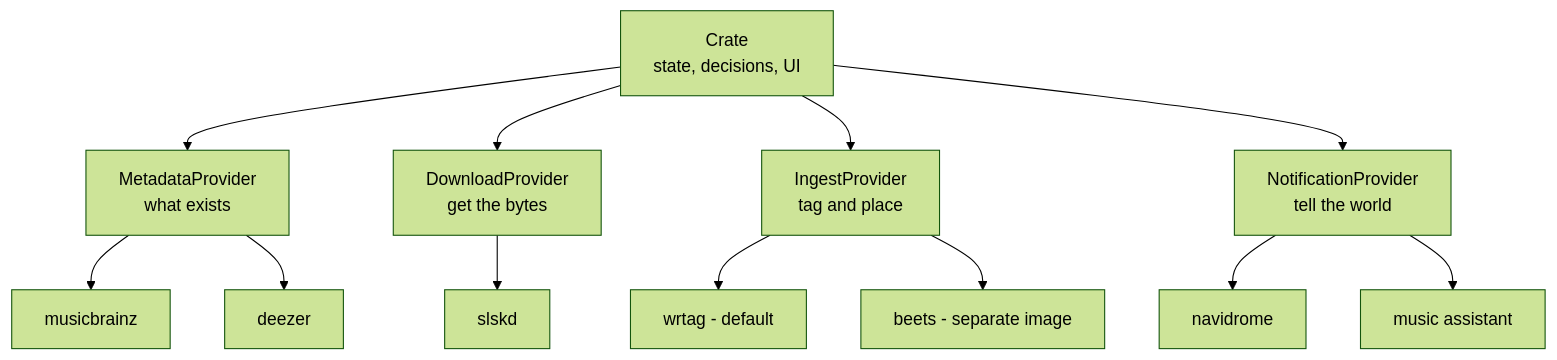
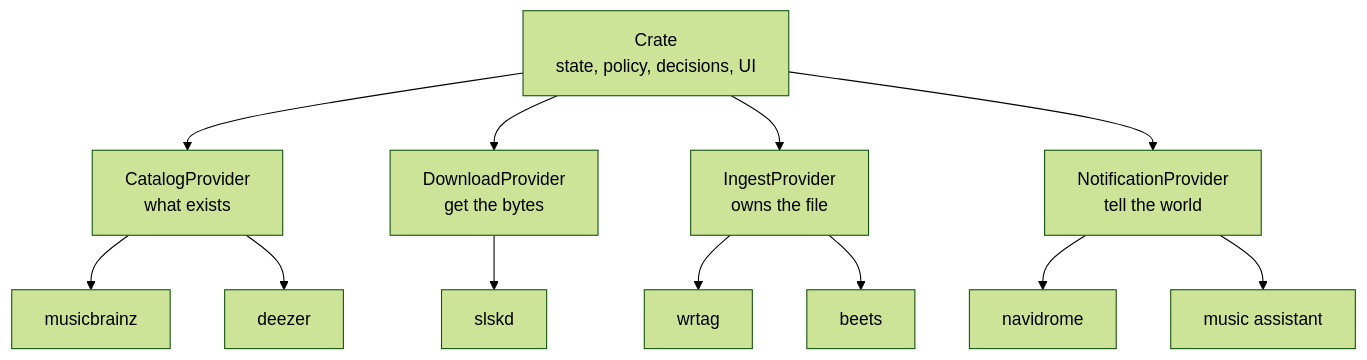
The diagram in PLAN.md (TheOutdoorProgrammer/crate), drawn with Mermaid (forest theme) before and after one commit. The commit also changed other lines of this file, not shown here.

````diff
--- a/PLAN.md
+++ b/PLAN.md
@@ -13,15 +18,15 @@
 ```mermaid
 graph TD
-    C[Crate<br/>state, decisions, UI]
-    C --> M[MetadataProvider<br/>what exists]
+    C[Crate<br/>state, policy, decisions, UI]
+    C --> M[CatalogProvider<br/>what exists]
     C --> D[DownloadProvider<br/>get the bytes]
-    C --> I[IngestProvider<br/>tag and place]
+    C --> I[IngestProvider<br/>owns the file]
     C --> N[NotificationProvider<br/>tell the world]
     M --> M1[musicbrainz]
     M --> M2[deezer]
     D --> D1[slskd]
-    I --> I1[wrtag - default]
-    I --> I2[beets - separate image]
+    I --> I1[wrtag]
+    I --> I2[beets]
     N --> N1[navidrome]
     N --> N2[music assistant]
 ```
````
